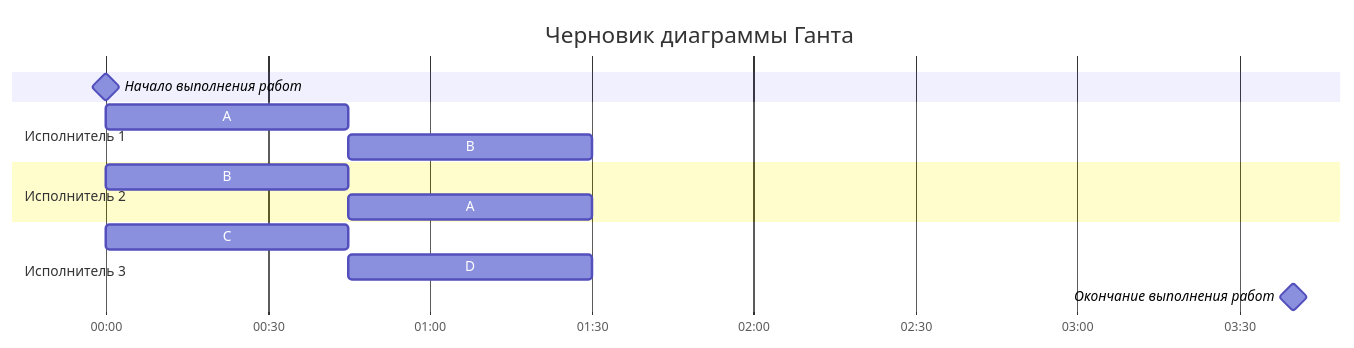
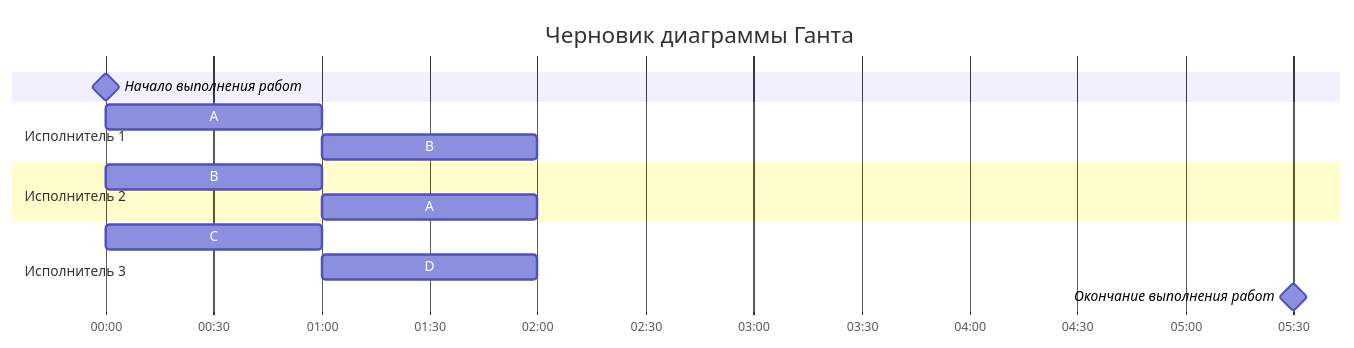
Before and after one commit to algos-ris-24-3/manual-tasks: the first of 3 diagrams in Задание 5/syndicate.md, drawn with Mermaid. The commit also changed other lines of this file, not shown here.

````diff
--- a/Задание 5/syndicate.md
+++ b/Задание 5/syndicate.md
@@ -54,17 +56,17 @@
 ```mermaid
 gantt
     title Черновик диаграммы Ганта
     dateFormat DD HH:mm    
     axisFormat %H:%M
     Начало выполнения работ : milestone, m1, 01 00:00, 0h
     section Исполнитель 1
-    A         :a1, 01 00:00, 0.75h
-    B         :a2, after a1, 0.75h
+    A         :a1, 01 00:00, 1h
+    B         :a2, after a1, 1h
     section Исполнитель 2
-    B         :b1, 01 00:00, 0.75h
-    A         :b2, after b1, 0.75h
+    B         :b1, 01 00:00, 1h
+    A         :b2, after b1, 1h
     section Исполнитель 3
-    C         :c1, 01 00:00, 0.75h
-    D         :c2, after b1, 0.75h
-    Окончание выполнения работ : milestone, m2, 01 03:40, 0h
+    C         :c1, 01 00:00, 1h
+    D         :c2, after b1, 1h
+    Окончание выполнения работ : milestone, m2, 01 05:30, 0h
 ```
````
